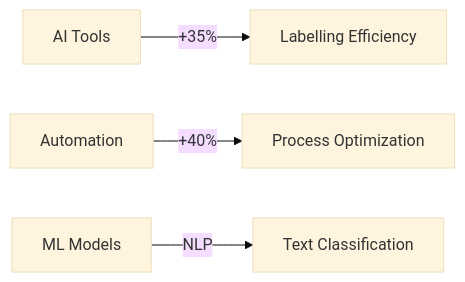
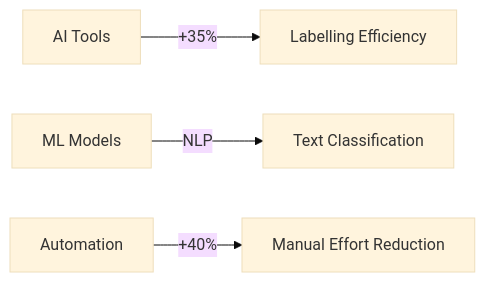
One commit to saisrinivas194/saisrinivas194 changed the second of 3 diagrams in README.md. Above: the diagram before and after it, drawn with Mermaid (base theme). The commit also changed other lines of this file, not shown here.

````diff
--- a/README.md
+++ b/README.md
@@ -62,6 +57,6 @@
 ```mermaid
 graph LR
     A[AI Tools] -->|+35%| B[Labelling Efficiency]
-    C[Automation] -->|+40%| D[Process Optimization]
-    E[ML Models] -->|NLP| F[Text Classification]
+    C[ML Models] -->|NLP| D[Text Classification]
+    E[Automation] -->|+40%| F[Manual Effort Reduction]
 ```
````
